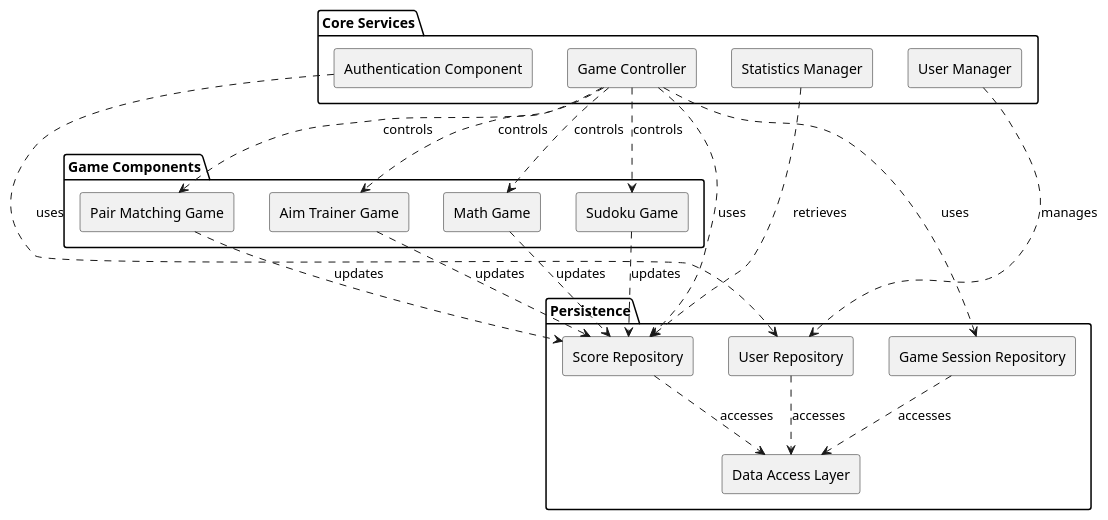
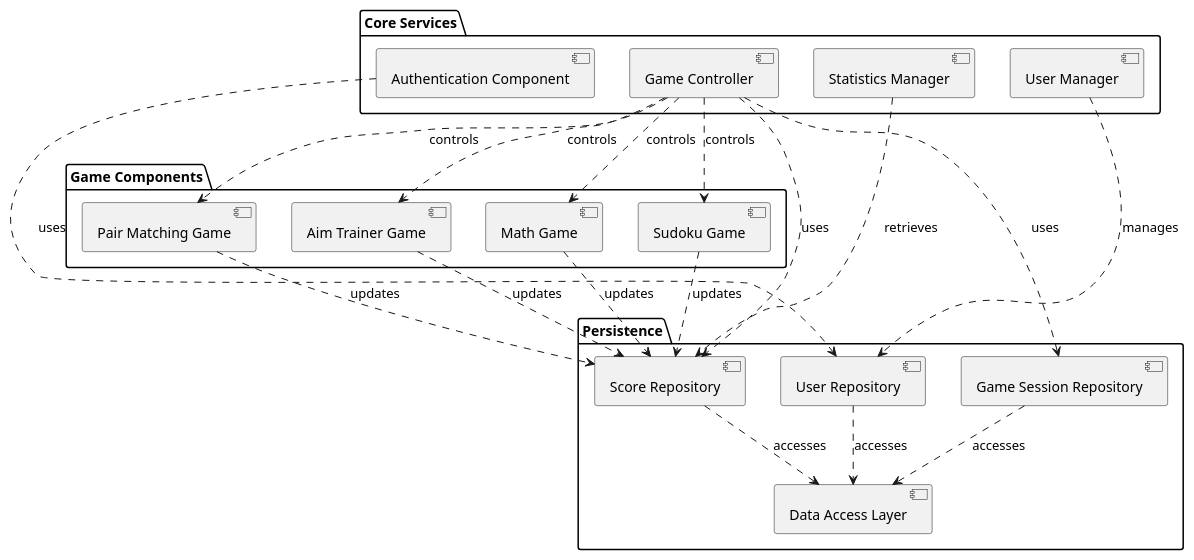
Before and after one commit to Cryptic5/itsSoOverlief: the diagram in Diagrams/components/services_games_db_component_diagram.puml, drawn with PlantUML. The commit also changed 13 other files, not shown here.

Commit message:
renamed diagrams, removed component skinparam

```diff
--- a/Diagrams/components/services_games_db_component_diagram.puml
+++ b/Diagrams/components/services_games_db_component_diagram.puml
@@ -1,59 +1,57 @@
-@startuml Services, Games and DB Component Diagram
-
-skinparam componentStyle rectangle
+@startuml services_games_and_db_component_diagram
 
 ' Main components
 
 
 package "Core Services" {
   [Authentication Component] as Auth
   [Game Controller] as GameCtrl
   [Statistics Manager] as StatsMgr
   [User Manager] as UserMgr
 }
 
 package "Game Components" {
   [Math Game] as MathGame
   [Sudoku Game] as Sudoku
   [Pair Matching Game] as PairMatch
   [Aim Trainer Game] as AimTrainer
 }
 
 package "Persistence" {
   [Data Access Layer] as DAL
   [Score Repository] as ScoreRepo
   [User Repository] as UserRepo
   [Game Session Repository] as SessionRepo
 }
 
 ' External interfaces
 
 
 ' Relationships
 
 
 Auth ..> UserRepo : uses
 
 GameCtrl ..> MathGame : controls
 GameCtrl ..> Sudoku : controls
 GameCtrl ..> PairMatch : controls
 GameCtrl ..> AimTrainer : controls
 GameCtrl ..> ScoreRepo : uses
 GameCtrl ..> SessionRepo : uses
 
 StatsMgr ..> ScoreRepo : retrieves
 
 UserMgr ..> UserRepo : manages
 
 
 ScoreRepo ..> DAL : accesses
 UserRepo ..> DAL : accesses
 SessionRepo ..> DAL : accesses
 
 ' Additional relationships
 MathGame ..> ScoreRepo : updates
 Sudoku ..> ScoreRepo : updates
 PairMatch ..> ScoreRepo : updates
 AimTrainer ..> ScoreRepo : updates
 
 @enduml
```
